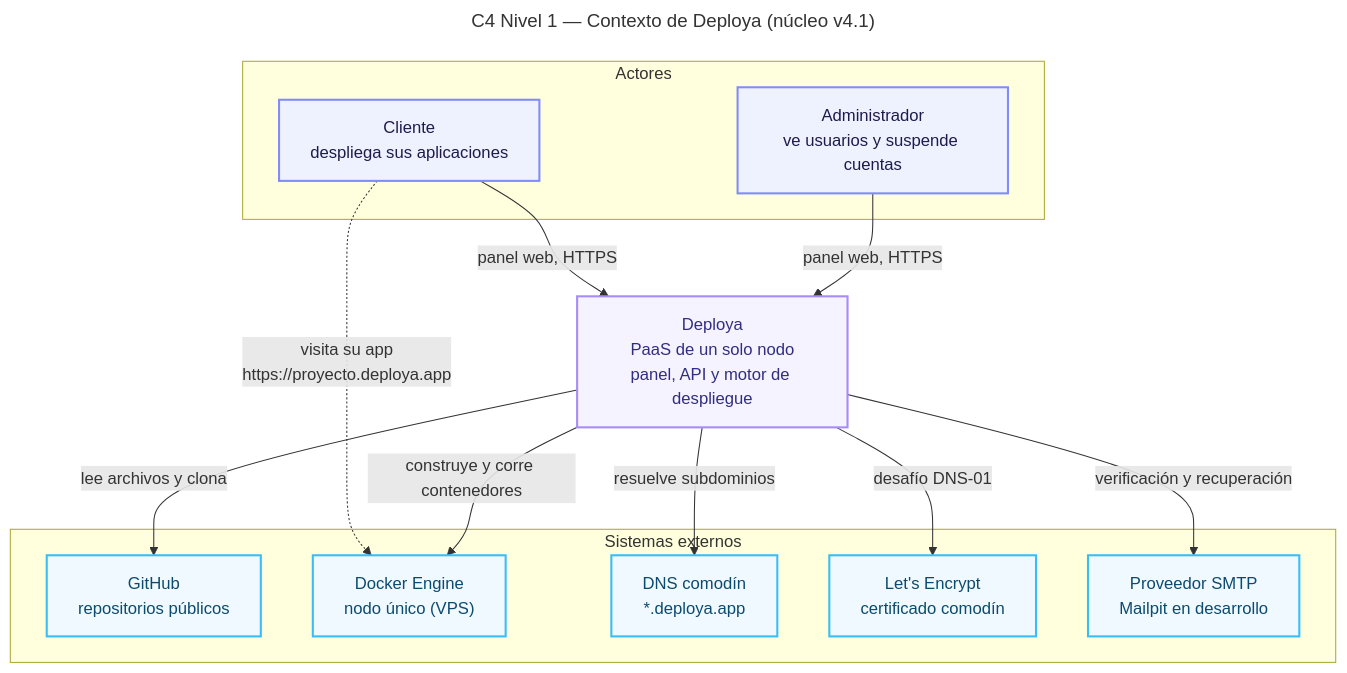
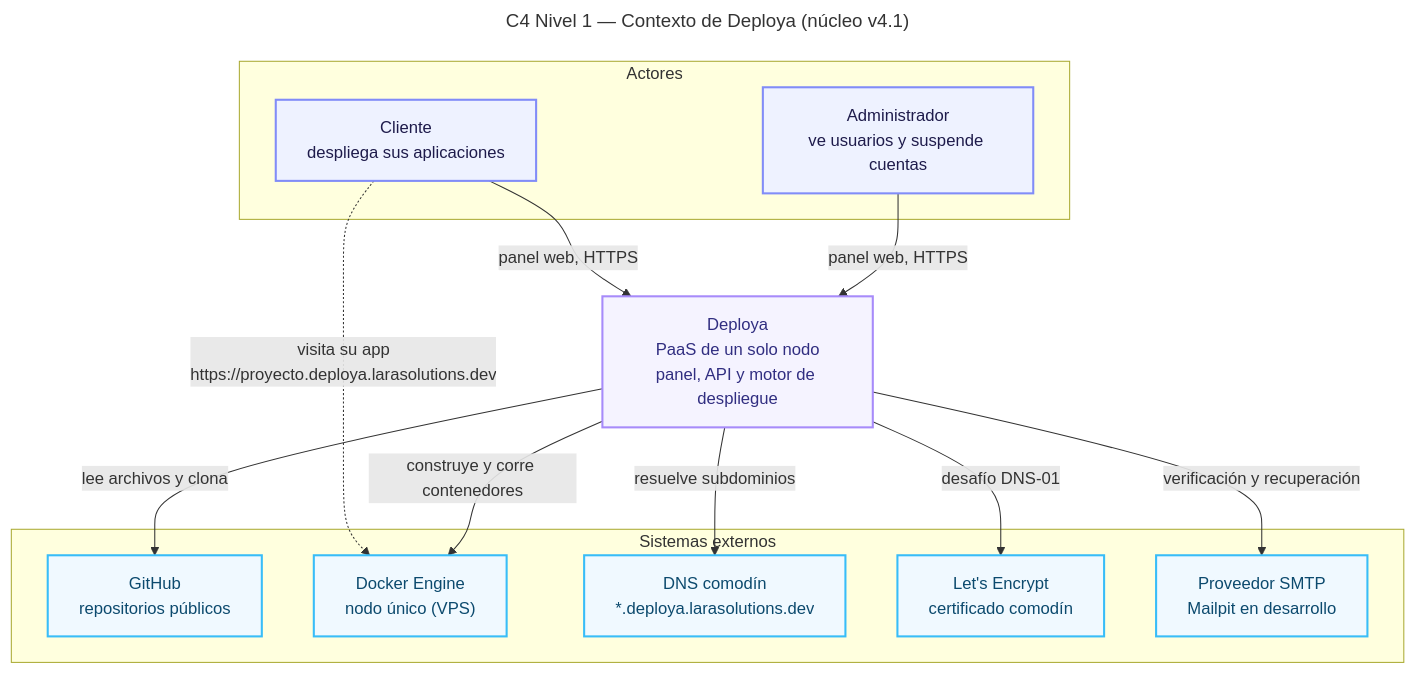
Before and after one commit to derekCmorales/deploya: the first of 2 diagrams in docs/arquitectura.md, drawn with Mermaid. The commit also changed other lines of this file and 22 other files, not shown here.

````diff
--- a/docs/arquitectura.md
+++ b/docs/arquitectura.md
@@ -38,37 +38,37 @@
 ```mermaid
 ---
 title: C4 Nivel 1 — Contexto de Deploya (núcleo v4.1)
 ---
 flowchart TB
     subgraph ACTORES["Actores"]
         CLIENTE["Cliente<br/>despliega sus aplicaciones"]
         ADMIN["Administrador<br/>ve usuarios y suspende cuentas"]
     end
 
     DEPLOYA["Deploya<br/>PaaS de un solo nodo<br/>panel, API y motor de despliegue"]
 
     subgraph EXTERNOS["Sistemas externos"]
         GIT["GitHub<br/>repositorios públicos"]
         DOCKER["Docker Engine<br/>nodo único (VPS)"]
-        DNS["DNS comodín<br/>*.deploya.app"]
+        DNS["DNS comodín<br/>*.deploya.larasolutions.dev"]
         CA["Let's Encrypt<br/>certificado comodín"]
         CORREO["Proveedor SMTP<br/>Mailpit en desarrollo"]
     end
 
     CLIENTE -->|"panel web, HTTPS"| DEPLOYA
     ADMIN -->|"panel web, HTTPS"| DEPLOYA
-    CLIENTE -.->|"visita su app<br/>https://proyecto.deploya.app"| DOCKER
+    CLIENTE -.->|"visita su app<br/>https://proyecto.deploya.larasolutions.dev"| DOCKER
 
     DEPLOYA -->|"lee archivos y clona"| GIT
     DEPLOYA -->|"construye y corre contenedores"| DOCKER
     DEPLOYA -->|"resuelve subdominios"| DNS
     DEPLOYA -->|"desafío DNS-01"| CA
     DEPLOYA -->|"verificación y recuperación"| CORREO
 
     classDef actor fill:#eef2ff,stroke:#818cf8,stroke-width:2px,color:#1e1b4b
     classDef sistema fill:#f5f3ff,stroke:#a78bfa,stroke-width:2px,color:#312e81
     classDef externo fill:#f0f9ff,stroke:#38bdf8,stroke-width:2px,color:#0c4a6e
     class CLIENTE,ADMIN actor
     class DEPLOYA sistema
     class GIT,DOCKER,DNS,CA,CORREO externo
 ```
````
